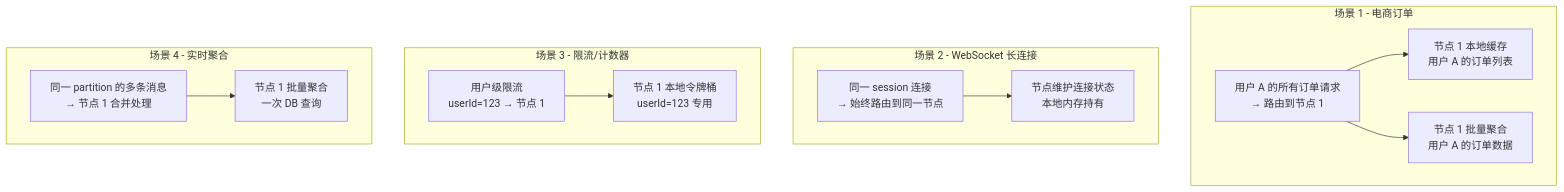
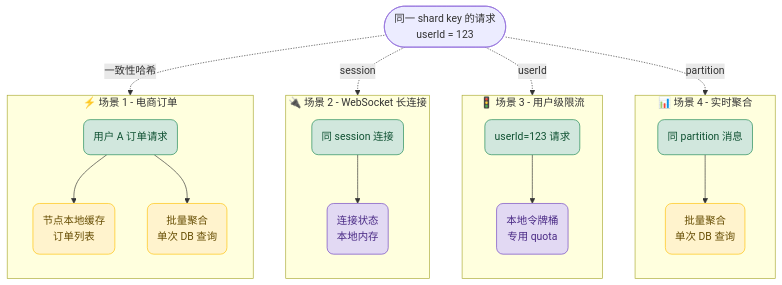
Diagram 31 of 42 in README.md (edap-io/edap), drawn with Mermaid before and after one commit. The commit also changed other lines of this file, not shown here.

Commit message:
完善README.md文档中的图样式

````diff
--- a/README.md
+++ b/README.md
@@ -1951,28 +1990,43 @@
 ```mermaid
-graph TB
-    subgraph Case1 [场景 1 - 电商订单]
-        C1[用户 A 的所有订单请求<br/>→ 路由到节点 1]
-        C1Cache[节点 1 本地缓存<br/>用户 A 的订单列表]
-        C1Batch[节点 1 批量聚合<br/>用户 A 的订单数据]
-        C1 --> C1Cache
-        C1 --> C1Batch
+flowchart TB
+    Req(["同一 shard key 的请求<br/>userId = 123"])
+
+    subgraph S1 ["⚡ 场景 1 - 电商订单"]
+        direction TB
+        C1("用户 A 订单请求"):::flow
+        C1C("节点本地缓存<br/>订单列表"):::cache
+        C1B("批量聚合<br/>单次 DB 查询"):::cache
+        C1 --> C1C
+        C1 --> C1B
     end
 
-    subgraph Case2 [场景 2 - WebSocket 长连接]
-        C2[同一 session 连接<br/>→ 始终路由到同一节点]
-        C2State[节点维护连接状态<br/>本地内存持有]
-        C2 --> C2State
+    subgraph S2 ["🔌 场景 2 - WebSocket 长连接"]
+        direction TB
+        C2("同 session 连接"):::flow
+        C2S("连接状态<br/>本地内存"):::state
+        C2 --> C2S
     end
 
-    subgraph Case3 [场景 3 - 限流/计数器]
-        C3[用户级限流<br/>userId=123 → 节点 1]
-        C3Token[节点 1 本地令牌桶<br/>userId=123 专用]
-        C3 --> C3Token
+    subgraph S3 ["🚦 场景 3 - 用户级限流"]
+        direction TB
+        C3("userId=123 请求"):::flow
+        C3T("本地令牌桶<br/>专用 quota"):::state
+        C3 --> C3T
     end
 
-    subgraph Case4 [场景 4 - 实时聚合]
-        C4[同一 partition 的多条消息<br/>→ 节点 1 合并处理]
-        C4Agg[节点 1 批量聚合<br/>一次 DB 查询]
-        C4 --> C4Agg
+    subgraph S4 ["📊 场景 4 - 实时聚合"]
+        direction TB
+        C4("同 partition 消息"):::flow
+        C4A("批量聚合<br/>单次 DB 查询"):::cache
+        C4 --> C4A
     end
+
+    Req -. 一致性哈希 .-> S1
+    Req -. session .-> S2
+    Req -. userId .-> S3
+    Req -. partition .-> S4
+
+    classDef flow  fill:#d1e7dd,stroke:#198754,color:#0f5132,rx:10,ry:10
+    classDef cache fill:#fff3cd,stroke:#ffc107,color:#664d03,rx:10,ry:10
+    classDef state fill:#e2d9f3,stroke:#6f42c1,color:#4a2a85,rx:10,ry:10
 ```
````
